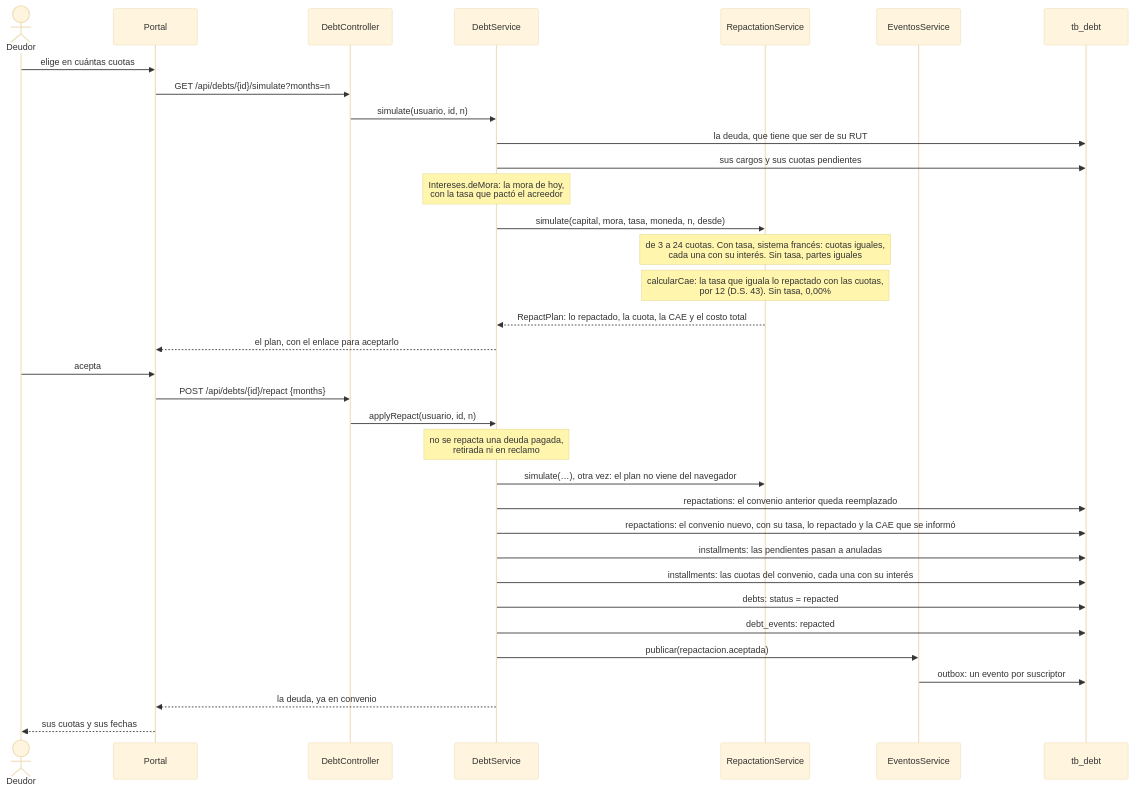
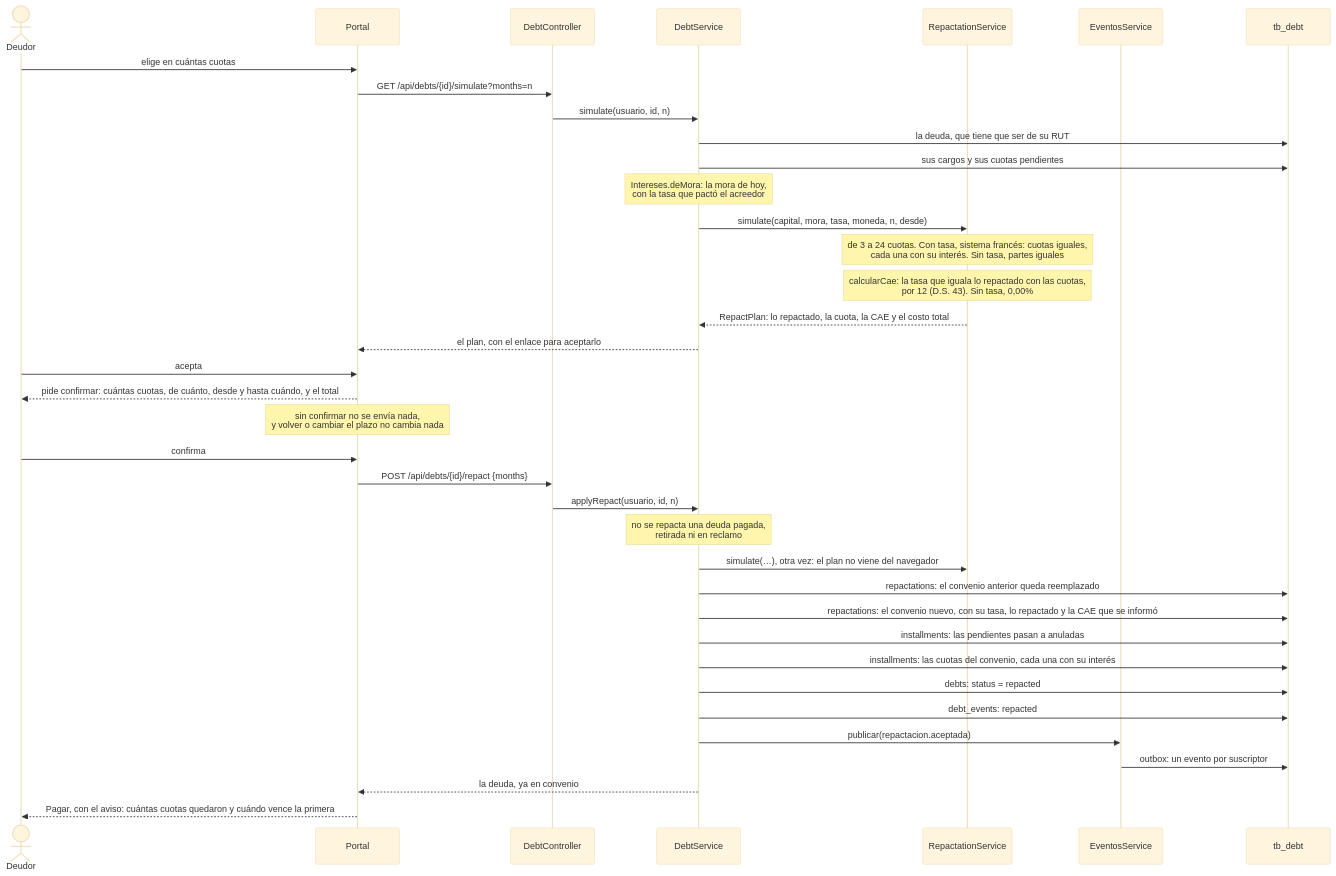
One commit to TechnicalBridge/DataBridge changed the fifth of 16 diagrams in docs/diagramas/secuencia.md. Above: the diagram before and after it, drawn with Mermaid (base theme). The commit also changed 4 other files, not shown here.

First line of the commit message:
feat(portal): aceptar un convenio con el total a la vista, confirmación y aviso al terminar (#495)

````diff
--- a/docs/diagramas/secuencia.md
+++ b/docs/diagramas/secuencia.md
@@ -287,38 +287,41 @@
 ```mermaid
 sequenceDiagram
     actor D as Deudor
     participant P as Portal
     participant DC as DebtController
     participant DS as DebtService
     participant RS as RepactationService
     participant ES as EventosService
     participant B as tb_debt
 
     D->>P: elige en cuántas cuotas
     P->>DC: GET /api/debts/{id}/simulate?months=n
     DC->>DS: simulate(usuario, id, n)
     DS->>B: la deuda, que tiene que ser de su RUT
     DS->>B: sus cargos y sus cuotas pendientes
     Note over DS: Intereses.deMora: la mora de hoy,<br/>con la tasa que pactó el acreedor
     DS->>RS: simulate(capital, mora, tasa, moneda, n, desde)
     Note over RS: de 3 a 24 cuotas. Con tasa, sistema francés: cuotas iguales,<br/>cada una con su interés. Sin tasa, partes iguales
     Note over RS: calcularCae: la tasa que iguala lo repactado con las cuotas,<br/>por 12 (D.S. 43). Sin tasa, 0,00%
     RS-->>DS: RepactPlan: lo repactado, la cuota, la CAE y el costo total
     DS-->>P: el plan, con el enlace para aceptarlo
 
     D->>P: acepta
+    P-->>D: pide confirmar: cuántas cuotas, de cuánto, desde y hasta cuándo, y el total
+    Note over P: sin confirmar no se envía nada,<br/>y volver o cambiar el plazo no cambia nada
+    D->>P: confirma
     P->>DC: POST /api/debts/{id}/repact {months}
     DC->>DS: applyRepact(usuario, id, n)
     Note over DS: no se repacta una deuda pagada,<br/>retirada ni en reclamo
     DS->>RS: simulate(…), otra vez: el plan no viene del navegador
     DS->>B: repactations: el convenio anterior queda reemplazado
     DS->>B: repactations: el convenio nuevo, con su tasa, lo repactado y la CAE que se informó
     DS->>B: installments: las pendientes pasan a anuladas
     DS->>B: installments: las cuotas del convenio, cada una con su interés
     DS->>B: debts: status = repacted
     DS->>B: debt_events: repacted
     DS->>ES: publicar(repactacion.aceptada)
     ES->>B: outbox: un evento por suscriptor
     DS-->>P: la deuda, ya en convenio
-    P-->>D: sus cuotas y sus fechas
+    P-->>D: Pagar, con el aviso: cuántas cuotas quedaron y cuándo vence la primera
 ```
````
